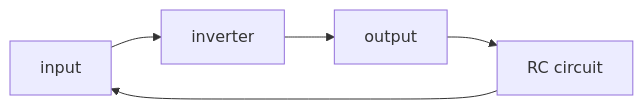
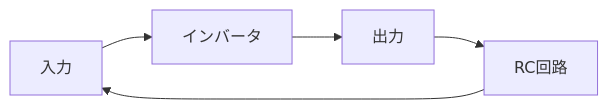
One commit to monumental-movement/monumental-movement.github.io changed the first of 5 diagrams in en/_posts/2026-04-11-column-lunetta-cmos.md. Above: the diagram before and after it, drawn with Mermaid. The commit also changed other lines of this file and 2196 other files, not shown here.

```diff
--- a/en/_posts/2026-04-11-column-lunetta-cmos.md
+++ b/en/_posts/2026-04-11-column-lunetta-cmos.md
@@ -76,7 +75,7 @@
 <div class="mermaid">
 flowchart LR
-A[input] --> B[inverter]
-B --> C[output]
-C --> D[RC circuit]
+A[入力] --> B[インバータ]
+B --> C[出力]
+C --> D[RC回路]
 D --> A
 </div>
```
